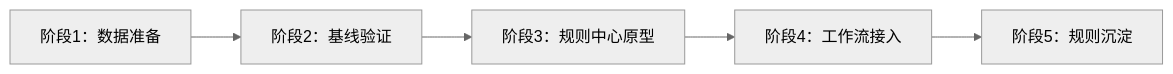
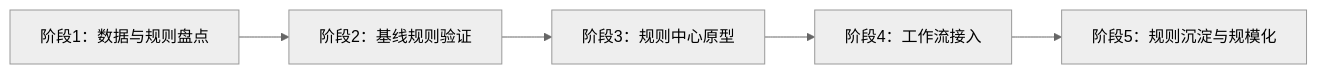
Before and after one commit to cat0141/AI-consultant: diagram 27 of 28 in docs/product-planning/AI增长操作系统领导评审文档.md, drawn with Mermaid (neutral theme). The commit also changed other lines of this file, not shown here.

````diff
--- a/docs/product-planning/AI增长操作系统领导评审文档.md
+++ b/docs/product-planning/AI增长操作系统领导评审文档.md
@@ -406,7 +688,7 @@
 ```mermaid
 flowchart LR
-    A["阶段1：数据准备"] --> B["阶段2：基线验证"]
+    A["阶段1：数据与规则盘点"] --> B["阶段2：基线规则验证"]
     B --> C["阶段3：规则中心原型"]
     C --> D["阶段4：工作流接入"]
-    D --> E["阶段5：规则沉淀"]
+    D --> E["阶段5：规则沉淀与规模化"]
 ```
````
